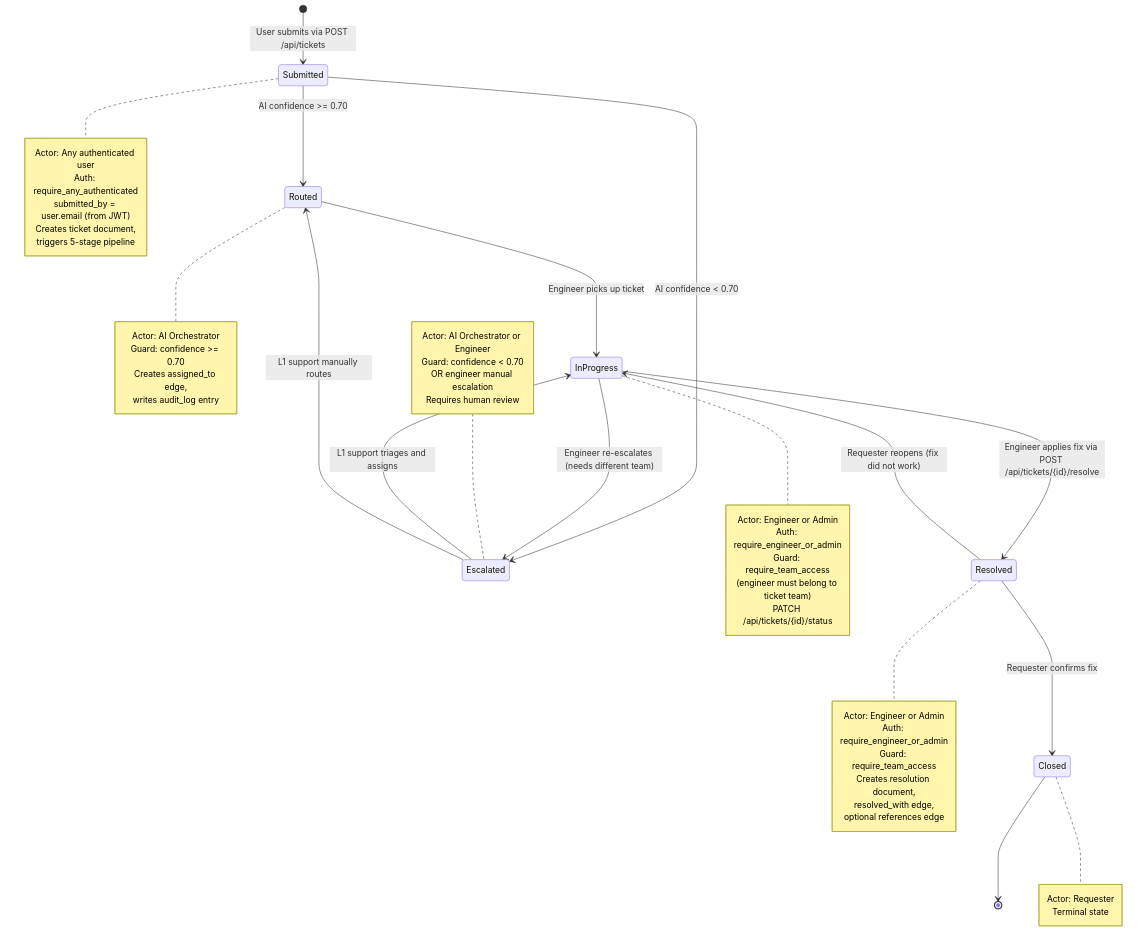
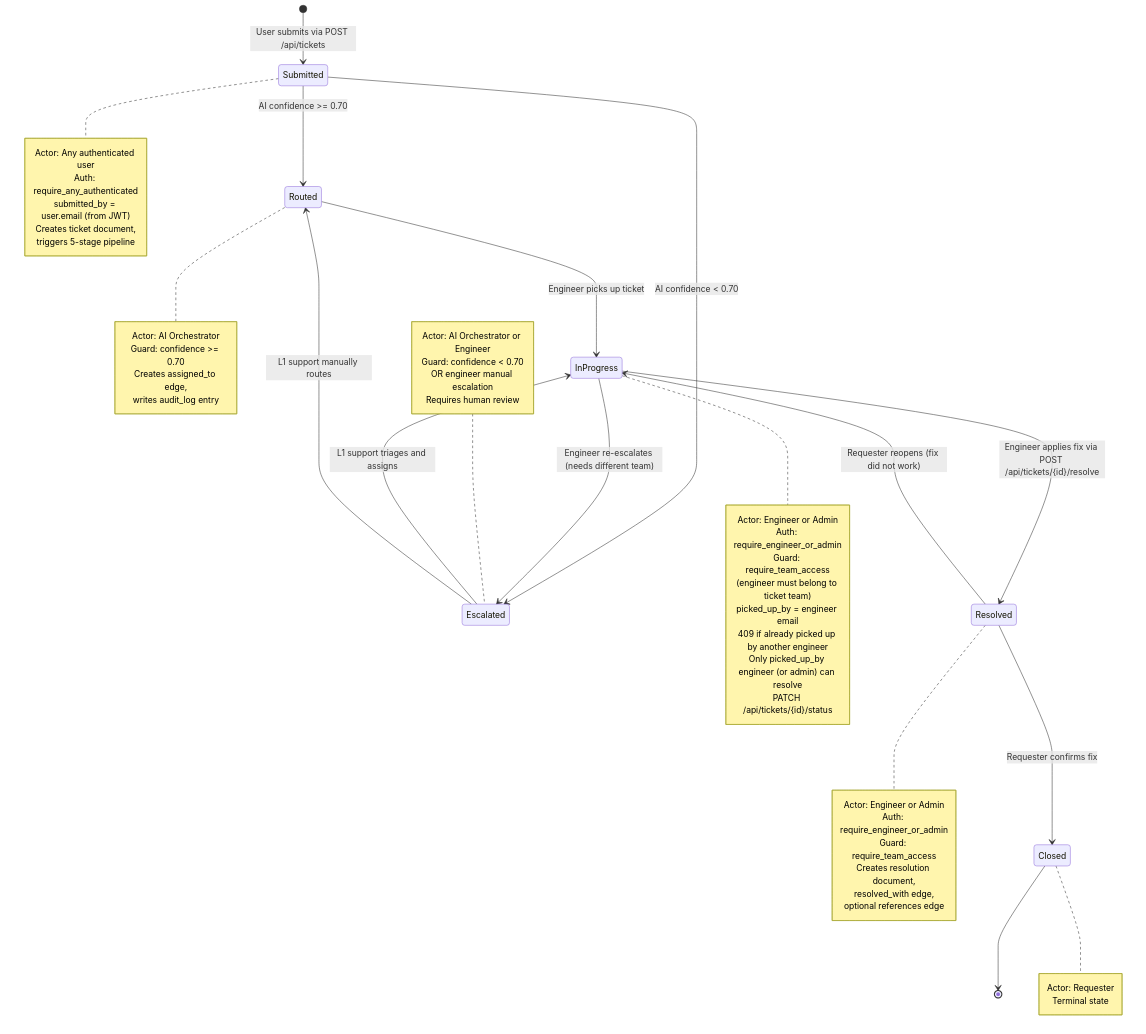
The first of 3 diagrams in docs/nasscom-r2/07-state-transition-diagram.md (arif-asadullah/AI-Ticket-Routing), drawn with Mermaid before and after one commit. The commit also changed other lines of this file and 29 other files, not shown here.

````diff
--- a/docs/nasscom-r2/07-state-transition-diagram.md
+++ b/docs/nasscom-r2/07-state-transition-diagram.md
@@ -13,63 +13,66 @@
 ```mermaid
 stateDiagram-v2
     [*] --> Submitted : User submits via POST /api/tickets
 
     Submitted --> Routed : AI confidence >= 0.70
     Submitted --> Escalated : AI confidence < 0.70
 
     Routed --> InProgress : Engineer picks up ticket
     Escalated --> InProgress : L1 support triages and assigns
     Escalated --> Routed : L1 support manually routes
 
     InProgress --> Resolved : Engineer applies fix via POST /api/tickets/{id}/resolve
     InProgress --> Escalated : Engineer re-escalates (needs different team)
 
     Resolved --> Closed : Requester confirms fix
     Resolved --> InProgress : Requester reopens (fix did not work)
 
     Closed --> [*]
 
     note right of Submitted
         Actor: Any authenticated user
         Auth: require_any_authenticated
         submitted_by = user.email (from JWT)
         Creates ticket document,
         triggers 5-stage pipeline
     end note
 
     note right of Routed
         Actor: AI Orchestrator
         Guard: confidence >= 0.70
         Creates assigned_to edge,
         writes audit_log entry
     end note
 
     note left of Escalated
         Actor: AI Orchestrator or Engineer
         Guard: confidence < 0.70
         OR engineer manual escalation
         Requires human review
     end note
 
     note right of InProgress
         Actor: Engineer or Admin
         Auth: require_engineer_or_admin
         Guard: require_team_access
         (engineer must belong to ticket team)
+        picked_up_by = engineer email
+        409 if already picked up by another engineer
+        Only picked_up_by engineer (or admin) can resolve
         PATCH /api/tickets/{id}/status
     end note
 
     note right of Resolved
         Actor: Engineer or Admin
         Auth: require_engineer_or_admin
         Guard: require_team_access
         Creates resolution document,
         resolved_with edge,
         optional references edge
     end note
 
     note right of Closed
         Actor: Requester
         Terminal state
     end note
 ```
````
